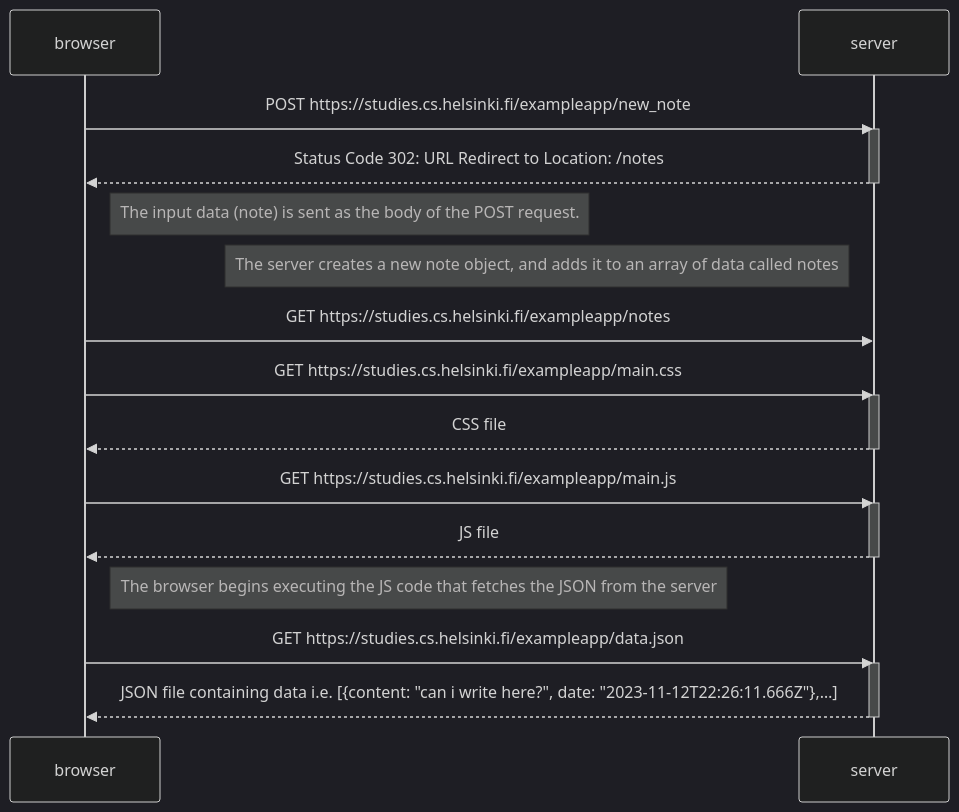
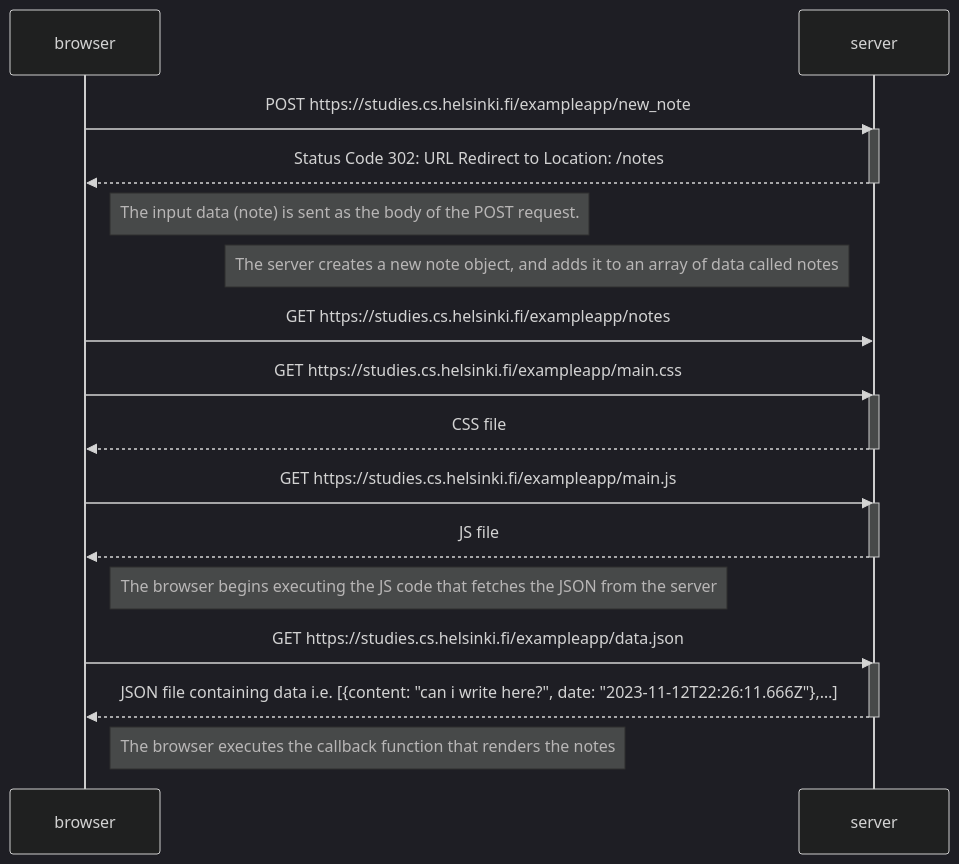
The diagram in part0/0.4-NewNoteDiagram.md (akakiplimo/fullstackopen), drawn with Mermaid (dark theme) before and after one commit.

Commit message:
callback to render notes

````diff
--- a/part0/0.4-NewNoteDiagram.md
+++ b/part0/0.4-NewNoteDiagram.md
@@ -1,32 +1,34 @@
 ```mermaid
 sequenceDiagram
     participant browser
     participant server
 
     browser->>server: POST https://studies.cs.helsinki.fi/exampleapp/new_note
     activate server
     server-->>browser: Status Code 302: URL Redirect to Location: /notes
     deactivate server
 
     Note right of browser: The input data (note) is sent as the body of the POST request.
     Note left of server: The server creates a new note object, and adds it to an array of data called notes
 
     browser->>server: GET https://studies.cs.helsinki.fi/exampleapp/notes
 
     browser->>server: GET https://studies.cs.helsinki.fi/exampleapp/main.css
     activate server
     server-->>browser: CSS file
     deactivate server
 
     browser->>server: GET https://studies.cs.helsinki.fi/exampleapp/main.js
     activate server
     server-->>browser: JS file
     deactivate server
 
     Note right of browser: The browser begins executing the JS code that fetches the JSON from the server
 
     browser->>server: GET https://studies.cs.helsinki.fi/exampleapp/data.json
     activate server
     server-->>browser: JSON file containing data i.e. [{content: "can i write here?", date: "2023-11-12T22:26:11.666Z"},…]
     deactivate server
+
+    Note right of browser: The browser executes the callback function that renders the notes
 ```
````
